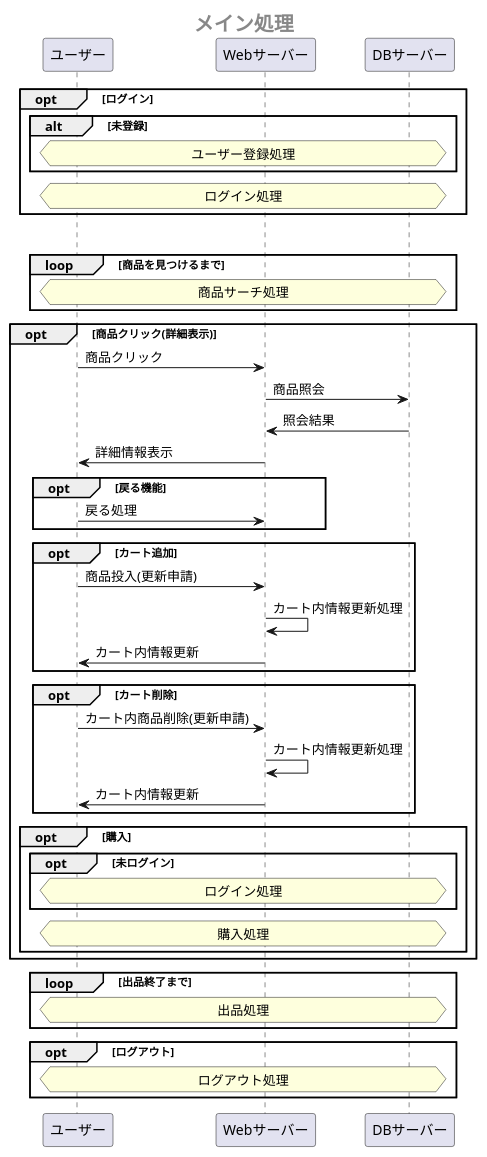
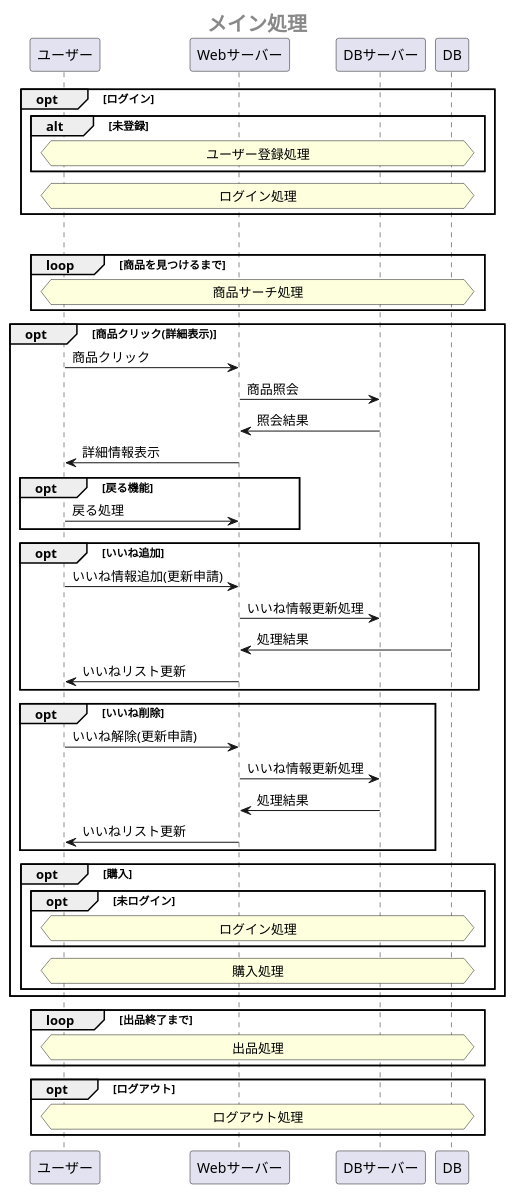
One commit to Aso2001385/NAISA changed the first of 7 diagrams in 設計書/02_業務フロー/BusinessFlow.md. Above: the diagram before and after it, drawn with PlantUML.

````diff
--- a/設計書/02_業務フロー/BusinessFlow.md
+++ b/設計書/02_業務フロー/BusinessFlow.md
@@ -1,54 +1,57 @@
 ```uml 
 @startuml 
  center header <size:20><b>メイン処理</b></size>
 
  opt ログイン
   alt 未登録
   hnote across: ユーザー登録処理
   end
   hnote across: ログイン処理
  end
 
  loop 購入処理成功まで
   loop 商品を見つけるまで
    hnote across: 商品サーチ処理
   end
 
  opt 商品クリック(詳細表示)
 ユーザー -> Webサーバー : 商品クリック
 Webサーバー -> DBサーバー : 商品照会
 DBサーバー -> Webサーバー : 照会結果
 Webサーバー -> ユーザー : 詳細情報表示
 opt 戻る機能
 ユーザー -> Webサーバー : 戻る処理
 end
 
-  opt カート追加
-   ユーザー -> Webサーバー:商品投入(更新申請)
-   Webサーバー -> Webサーバー:カート内情報更新処理
-   Webサーバー ->ユーザー:カート内情報更新
+  opt いいね追加
+   ユーザー -> Webサーバー:いいね情報追加(更新申請)
+   Webサーバー -> DBサーバー:いいね情報更新処理
+   DB -> Webサーバー:処理結果
+   Webサーバー -> ユーザー:いいねリスト更新
   end
-  opt カート削除
-   ユーザー -> Webサーバー:カート内商品削除(更新申請)
-   Webサーバー -> Webサーバー:カート内情報更新処理
-   Webサーバー ->ユーザー:カート内情報更新
+  opt いいね削除
+   ユーザー -> Webサーバー:いいね解除(更新申請)
+   Webサーバー -> DBサーバー:いいね情報更新処理
+   DBサーバー -> Webサーバー:処理結果
+   Webサーバー -> ユーザー:いいねリスト更新
+   
   end
 
   opt 購入
    opt 未ログイン
      hnote across: ログイン処理
    end
    hnote across: 購入処理
   end
 
  end
  
  loop 出品終了まで
   hnote across: 出品処理
  end
 
  opt ログアウト
   hnote across: ログアウト処理
  end
 @enduml
 ```
````
